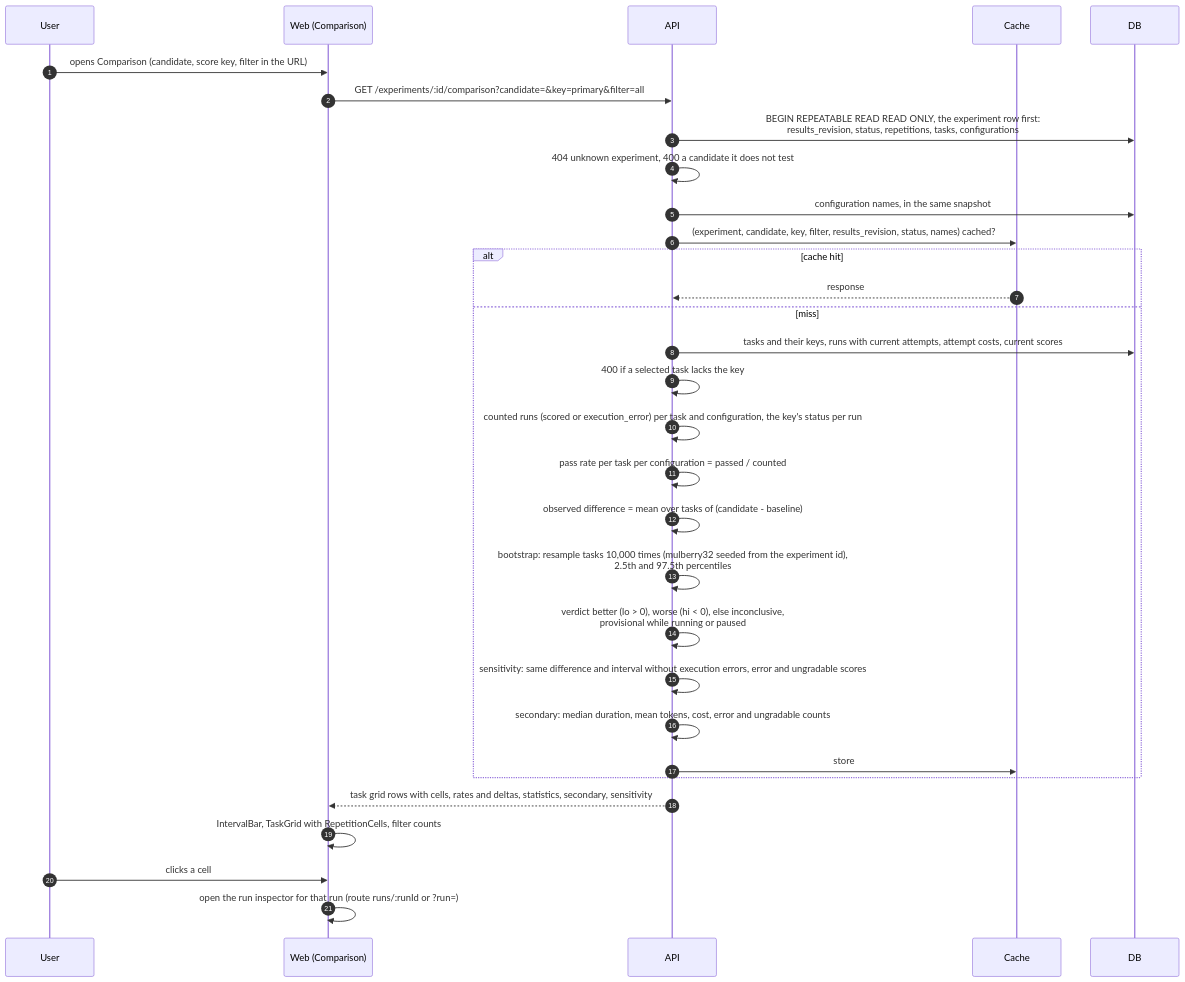
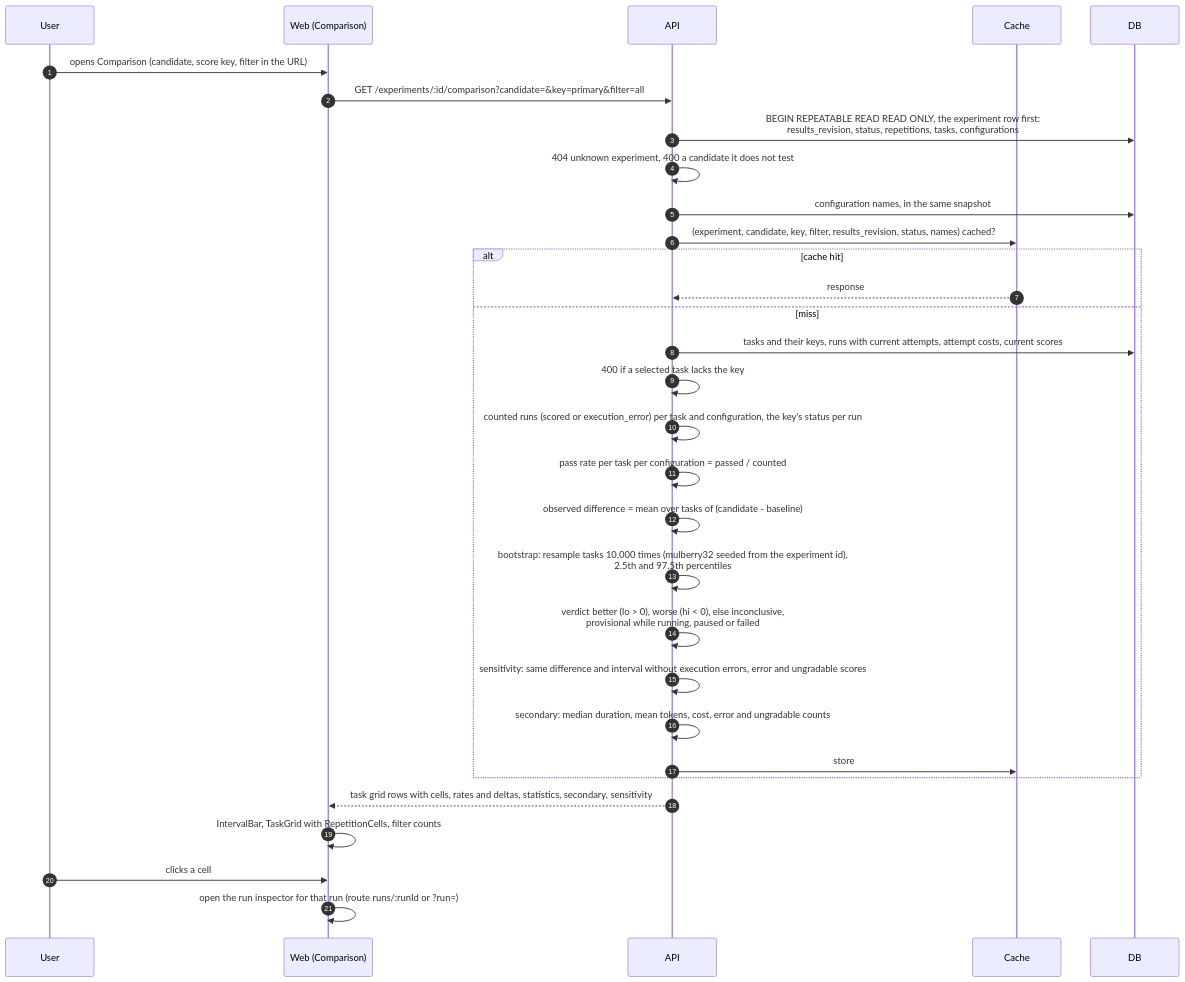
Before and after one commit to sasuke007/hermes-evals: diagram 35 of 38 in UI_FLOWS.md, drawn with Mermaid. The commit also changed other lines of this file and 413 other files, not shown here.

````diff
--- a/UI_FLOWS.md
+++ b/UI_FLOWS.md
@@ -1290,34 +1291,34 @@
 ```mermaid
 sequenceDiagram
   autonumber
   participant U as User
   participant W as Web (Comparison)
   participant A as API
   participant C as Cache
   participant DB as DB
 
   U->>W: opens Comparison (candidate, score key, filter in the URL)
   W->>A: GET /experiments/:id/comparison?candidate=&key=primary&filter=all
   A->>DB: BEGIN REPEATABLE READ READ ONLY, the experiment row first:<br/>results_revision, status, repetitions, tasks, configurations
   A->>A: 404 unknown experiment, 400 a candidate it does not test
   A->>DB: configuration names, in the same snapshot
   A->>C: (experiment, candidate, key, filter, results_revision, status, names) cached?
   alt cache hit
     C-->>A: response
   else miss
     A->>DB: tasks and their keys, runs with current attempts, attempt costs, current scores
     A->>A: 400 if a selected task lacks the key
     A->>A: counted runs (scored or execution_error) per task and configuration, the key's status per run
     A->>A: pass rate per task per configuration = passed / counted
     A->>A: observed difference = mean over tasks of (candidate - baseline)
     A->>A: bootstrap: resample tasks 10,000 times (mulberry32 seeded from the experiment id),<br/>2.5th and 97.5th percentiles
-    A->>A: verdict better (lo > 0), worse (hi < 0), else inconclusive,<br/>provisional while running or paused
+    A->>A: verdict better (lo > 0), worse (hi < 0), else inconclusive,<br/>provisional while running, paused or failed
     A->>A: sensitivity: same difference and interval without execution errors, error and ungradable scores
     A->>A: secondary: median duration, mean tokens, cost, error and ungradable counts
     A->>C: store
   end
   A-->>W: task grid rows with cells, rates and deltas, statistics, secondary, sensitivity
   W->>W: IntervalBar, TaskGrid with RepetitionCells, filter counts
   U->>W: clicks a cell
   W->>W: open the run inspector for that run (route runs/:runId or ?run=)
 ```
````
